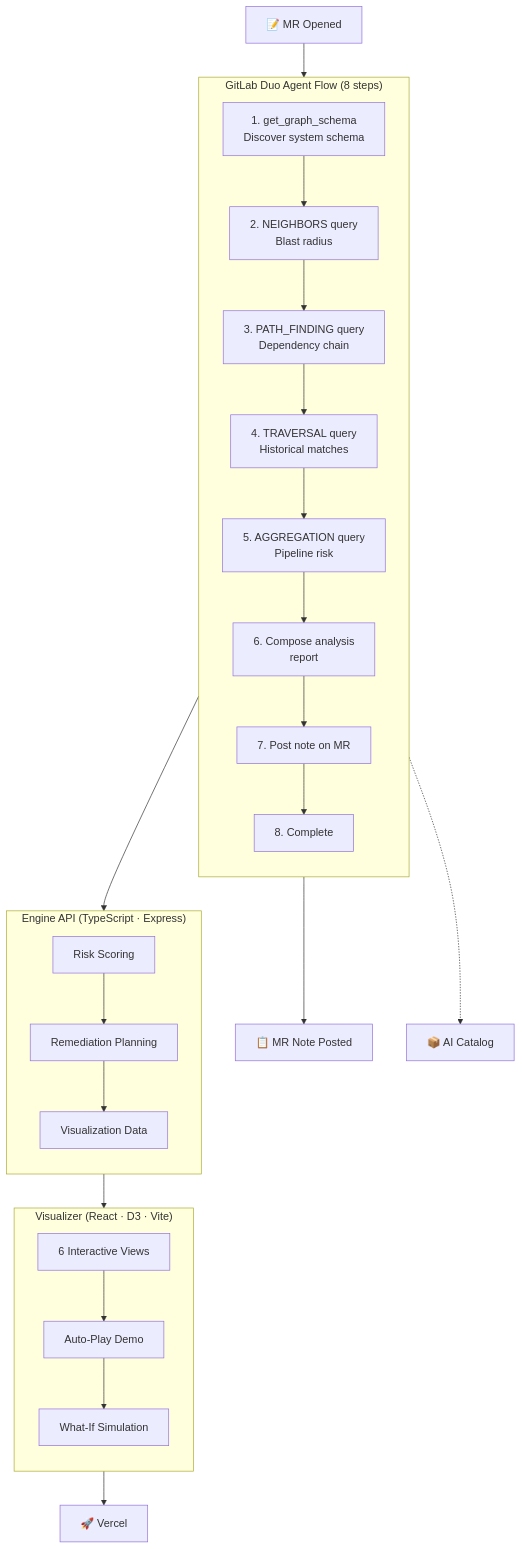
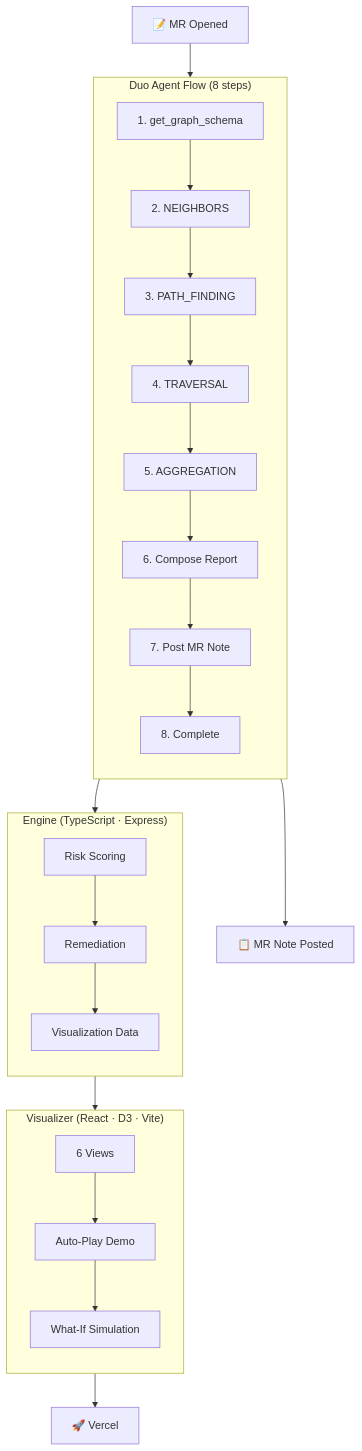
One commit to dgboy-ai/orbit-sentinel changed the diagram in README.md. Above: the diagram before and after it, drawn with Mermaid. The commit also changed other lines of this file, not shown here.

````diff
--- a/README.md
+++ b/README.md
@@ -52,33 +45,26 @@
 ```mermaid
 flowchart TD
     MR["📝 MR Opened"] --> FLOW
 
-    subgraph FLOW["GitLab Duo Agent Flow (8 steps)"]
+    subgraph FLOW["Duo Agent Flow (8 steps)"]
         direction TB
-        S1["1. get_graph_schema<br/>Discover system schema"] --> S2
-        S2["2. NEIGHBORS query<br/>Blast radius"] --> S3
-        S3["3. PATH_FINDING query<br/>Dependency chain"] --> S4
-        S4["4. TRAVERSAL query<br/>Historical matches"] --> S5
-        S5["5. AGGREGATION query<br/>Pipeline risk"] --> S6
-        S6["6. Compose analysis<br/>report"] --> S7
-        S7["7. Post note on MR"] --> S8
-        S8["8. Complete"]
+        S1["1. get_graph_schema"] --> S2["2. NEIGHBORS"] --> S3["3. PATH_FINDING"] --> S4["4. TRAVERSAL"] --> S5["5. AGGREGATION"]
+        S5 --> S6["6. Compose Report"] --> S7["7. Post MR Note"] --> S8["8. Complete"]
     end
 
     FLOW --> NOTE["📋 MR Note Posted"]
     FLOW --> ENGINE
 
-    subgraph ENGINE["Engine API (TypeScript · Express)"]
+    subgraph ENGINE["Engine (TypeScript · Express)"]
         direction TB
-        E1["Risk Scoring"] --> E2["Remediation Planning"] --> E3["Visualization Data"]
+        E1["Risk Scoring"] --> E2["Remediation"] --> E3["Visualization Data"]
     end
 
     subgraph VIZ["Visualizer (React · D3 · Vite)"]
         direction TB
-        V1["6 Interactive Views"] --> V2["Auto-Play Demo"] --> V3["What-If Simulation"]
+        V1["6 Views"] --> V2["Auto-Play Demo"] --> V3["What-If Simulation"]
     end
 
     ENGINE --> VIZ
     VIZ --> DEPLOY["🚀 Vercel"]
-    FLOW -.-> SKILL["📦 AI Catalog"]
 ```
````
